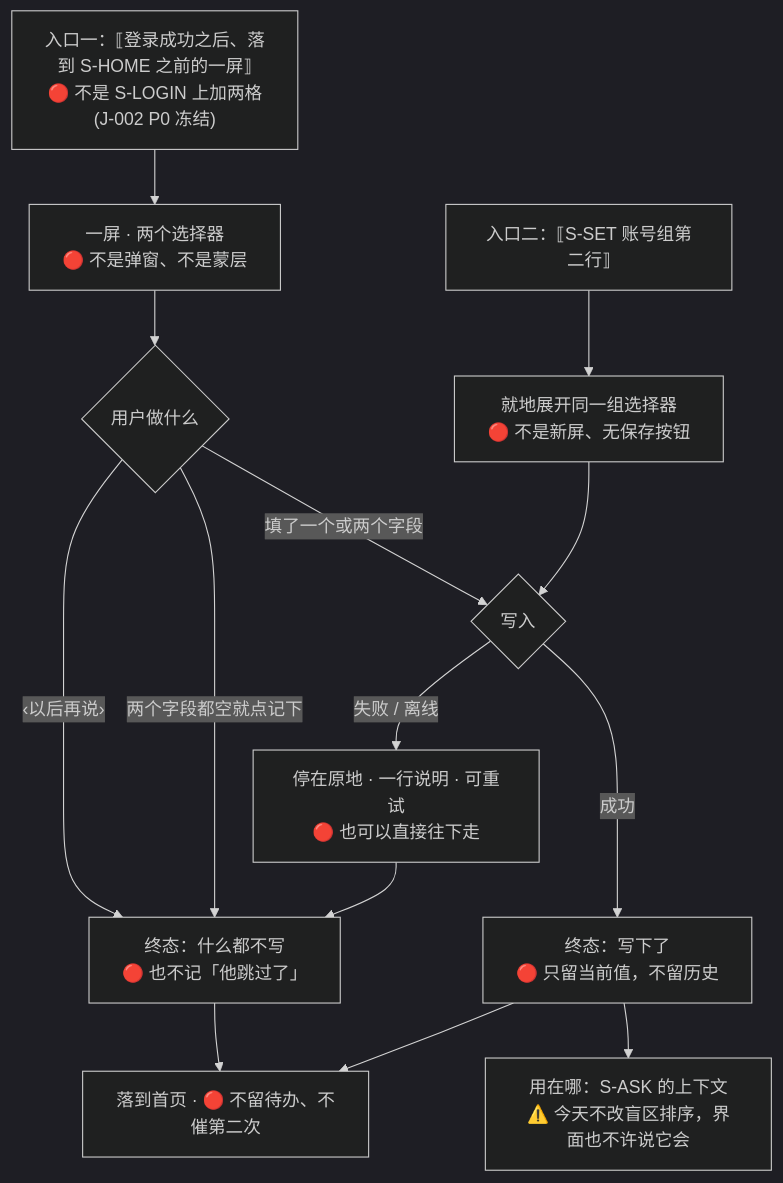
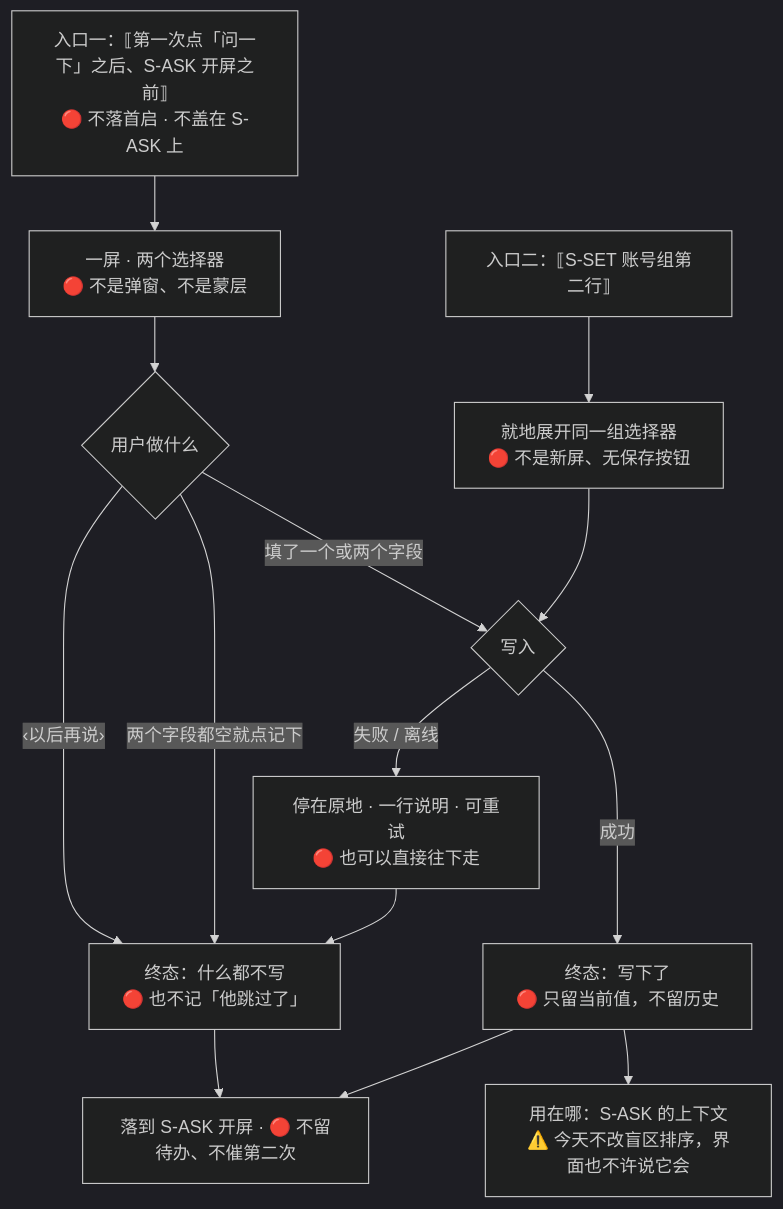
The diagram in docs/product/modules/M3-盲区与覆盖度/U3.8-我要考的那一场.md (chenyuanjin/kubic), drawn with Mermaid (dark theme) before and after one commit. The commit also changed other lines of this file and 4 other files, not shown here.

First line of the commit message:
KUBI-76 按产品 04:28 四条裁定改稿:建议问法只在开屏一次、档案收集挪到第一次进 S-ASK、三个缺口闭合、文案槽位对齐 specs/问一下.md

````diff
--- a/docs/product/modules/M3-盲区与覆盖度/U3.8-我要考的那一场.md
+++ b/docs/product/modules/M3-盲区与覆盖度/U3.8-我要考的那一场.md
@@ -245,16 +259,16 @@
 ```mermaid
 flowchart TD
-    E["入口一：⟦登录成功之后、落到 S-HOME 之前的一屏⟧<br/>🔴 不是 S-LOGIN 上加两格(J-002 P0 冻结)"] --> P["一屏 · 两个选择器<br/>🔴 不是弹窗、不是蒙层"]
+    E["入口一：⟦第一次点「问一下」之后、S-ASK 开屏之前⟧<br/>🔴 不落首启 · 不盖在 S-ASK 上"] --> P["一屏 · 两个选择器<br/>🔴 不是弹窗、不是蒙层"]
     P --> C{"用户做什么"}
     C -->|"‹以后再说›"| SK["终态：什么都不写<br/>🔴 也不记「他跳过了」"]
     C -->|"两个字段都空就点记下"| SK
     C -->|"填了一个或两个字段"| W{"写入"}
     W -->|"成功"| OK["终态：写下了<br/>🔴 只留当前值，不留历史"]
     W -->|"失败 / 离线"| Q["停在原地 · 一行说明 · 可重试<br/>🔴 也可以直接往下走"]
     Q --> SK
-    SK --> H["落到首页 · 🔴 不留待办、不催第二次"]
+    SK --> H["落到 S-ASK 开屏 · 🔴 不留待办、不催第二次"]
     OK --> H
     E2["入口二：⟦S-SET 账号组第二行⟧"] --> X["就地展开同一组选择器<br/>🔴 不是新屏、无保存按钮"]
     X --> W
     OK --> U["用在哪：S-ASK 的上下文<br/>⚠️ 今天不改盲区排序，界面也不许说它会"]
 ```
````
